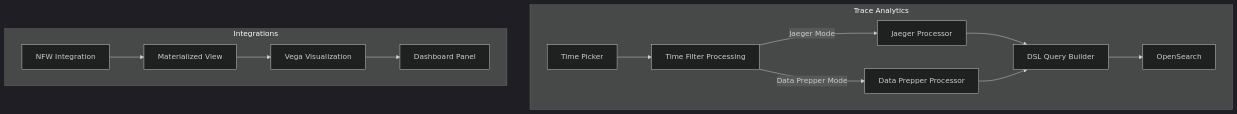
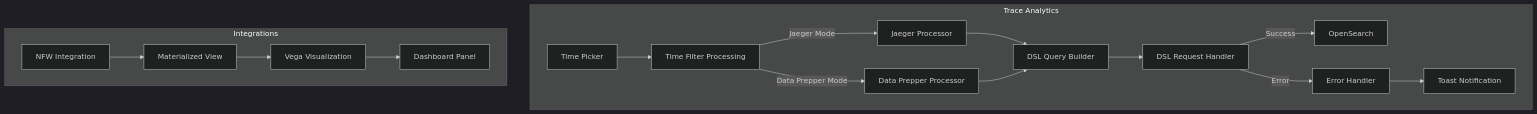
The first of 3 diagrams in docs/features/observability/trace-analytics-bug-fixes.md (tkykenmt/opensearch-feature-explorer), drawn with Mermaid (dark theme) before and after one commit. The commit also changed other lines of this file and 2 other files, not shown here.

````diff
--- a/docs/features/observability/trace-analytics-bug-fixes.md
+++ b/docs/features/observability/trace-analytics-bug-fixes.md
@@ -11,17 +11,20 @@
 ```mermaid
 graph TB
     subgraph "Trace Analytics"
         TP[Time Picker] --> TF[Time Filter Processing]
         TF --> |Jaeger Mode| JP[Jaeger Processor]
         TF --> |Data Prepper Mode| DP[Data Prepper Processor]
         JP --> DSL[DSL Query Builder]
         DP --> DSL
-        DSL --> OS[OpenSearch]
+        DSL --> REQ[DSL Request Handler]
+        REQ --> |Success| OS[OpenSearch]
+        REQ --> |Error| EH[Error Handler]
+        EH --> Toast[Toast Notification]
     end
     
     subgraph "Integrations"
         NFW[NFW Integration] --> MV[Materialized View]
         MV --> Vega[Vega Visualization]
         Vega --> Dashboard[Dashboard Panel]
     end
 ```
````
